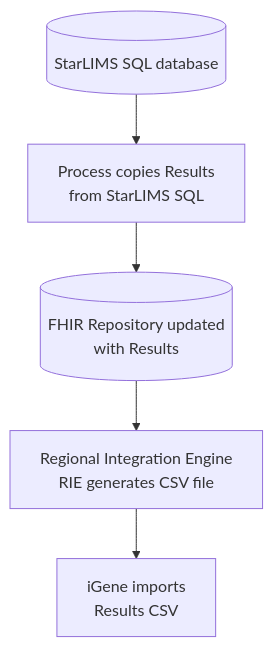
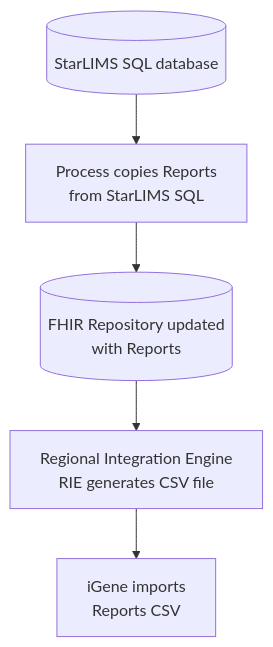
The fourth of 4 diagrams in input/pagecontent/starLIMS.md (nw-gmsa/nw-gmsa.github.com), drawn with Mermaid before and after one commit. The commit also changed other lines of this file, not shown here.

````diff
--- a/input/pagecontent/starLIMS.md
+++ b/input/pagecontent/starLIMS.md
@@ -97,7 +140,7 @@
 ```mermaid
 flowchart TD
-    A[(StarLIMS SQL database)] --> B[Process copies Results<br/>from StarLIMS SQL]
-    B --> C[(FHIR Repository updated<br/>with Results)]
+    A[(StarLIMS SQL database)] --> B[Process copies Reports<br/>from StarLIMS SQL]
+    B --> C[(FHIR Repository updated<br/>with Reports)]
     C --> D[Regional Integration Engine<br/>RIE generates CSV file]
-    D --> E[iGene imports<br/>Results CSV]
+    D --> E[iGene imports<br/>Reports CSV]
 ```
````
